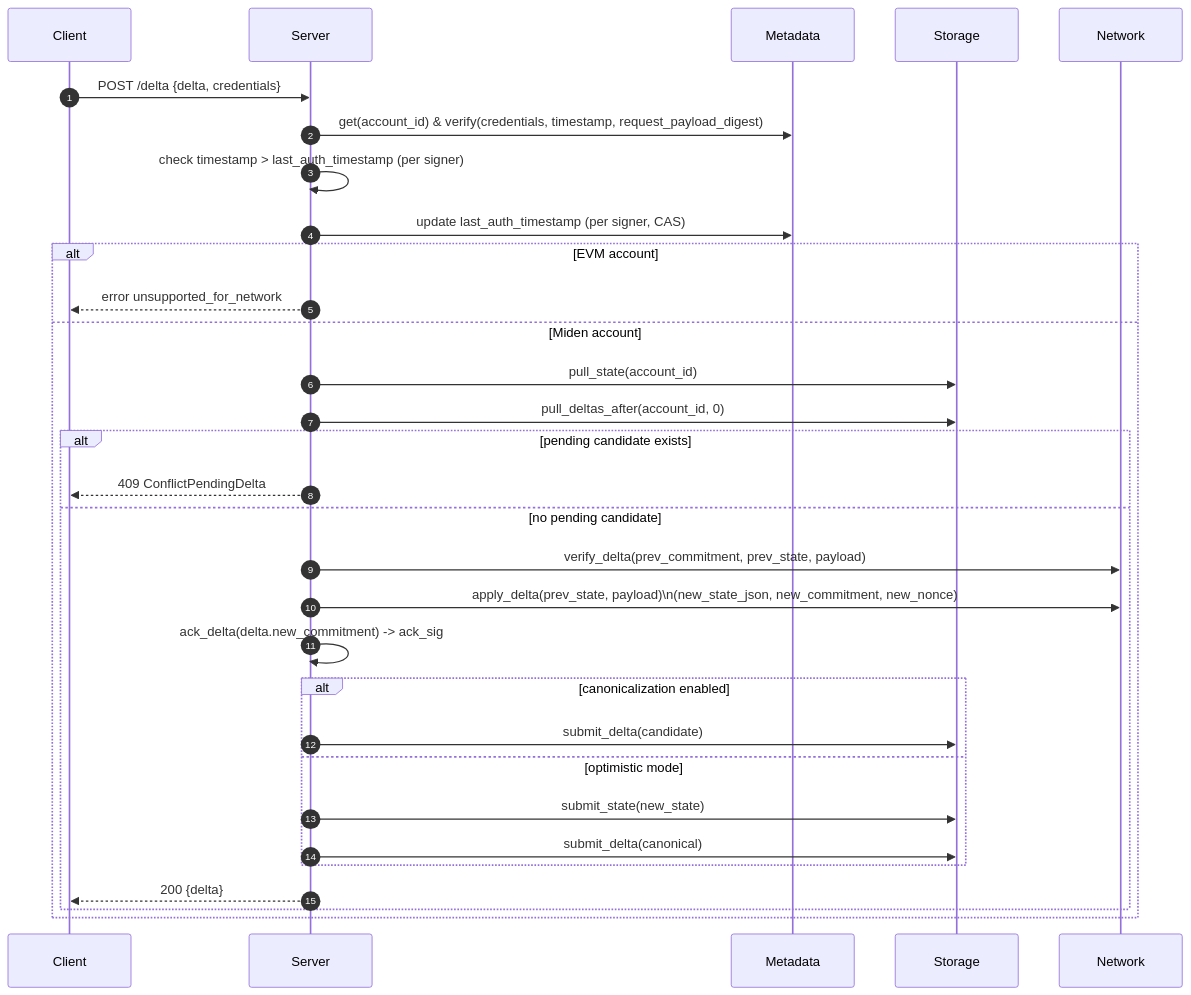
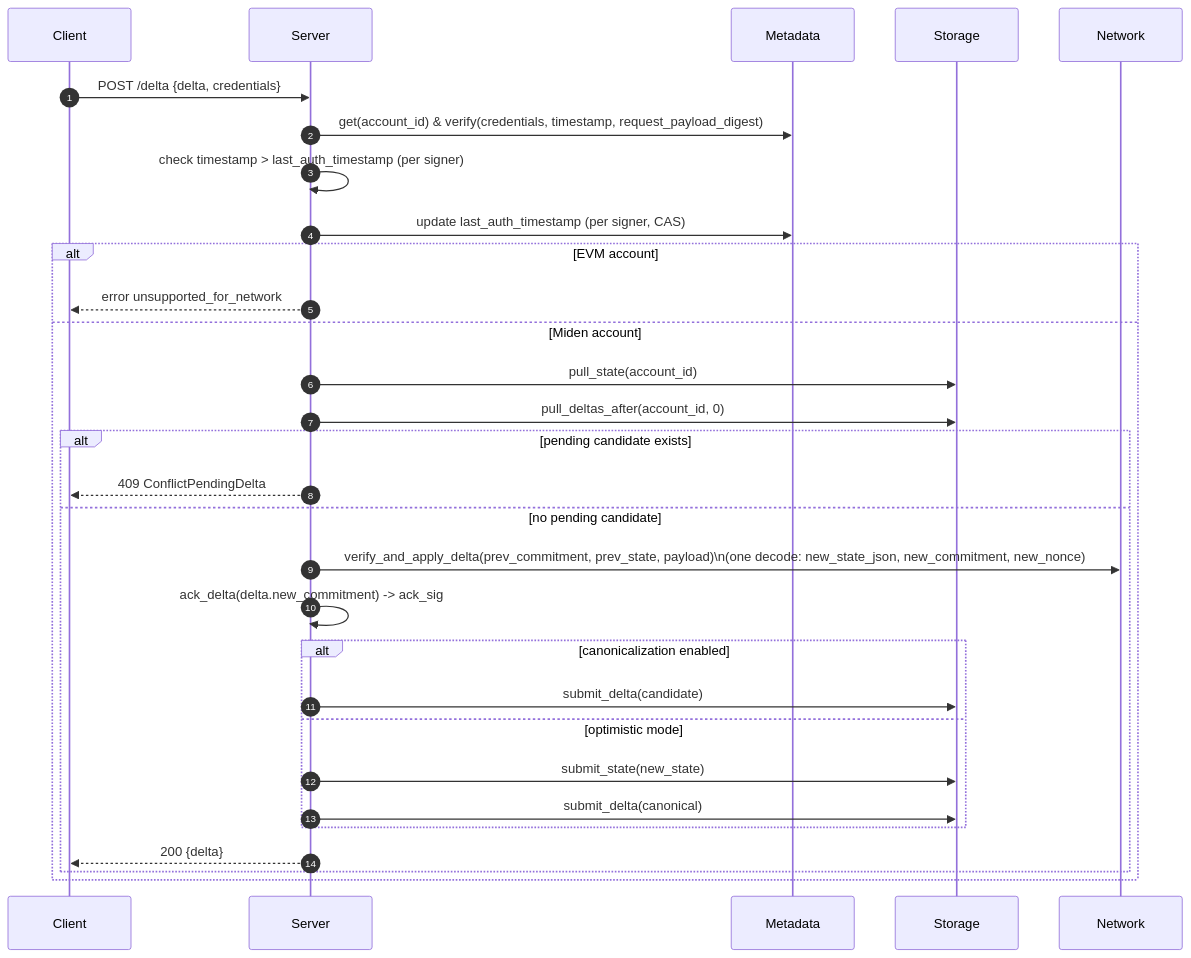
The second of 11 diagrams in spec/processes.md (OpenZeppelin/guardian), drawn with Mermaid before and after one commit. The commit also changed other lines of this file and 9 other files, not shown here.

````diff
--- a/spec/processes.md
+++ b/spec/processes.md
@@ -49,33 +49,32 @@
 ```mermaid
 sequenceDiagram
   autonumber
   participant C as Client
   participant S as Server
   participant M as Metadata
   participant ST as Storage
   participant N as Network
   C->>S: POST /delta {delta, credentials}
   S->>M: get(account_id) & verify(credentials, timestamp, request_payload_digest)
   S->>S: check timestamp > last_auth_timestamp (per signer)
   S->>M: update last_auth_timestamp (per signer, CAS)
   alt EVM account
     S-->>C: error unsupported_for_network
   else Miden account
     S->>ST: pull_state(account_id)
     S->>ST: pull_deltas_after(account_id, 0)
     alt pending candidate exists
       S-->>C: 409 ConflictPendingDelta
     else no pending candidate
-      S->>N: verify_delta(prev_commitment, prev_state, payload)
-      S->>N: apply_delta(prev_state, payload)\n(new_state_json, new_commitment, new_nonce)
+      S->>N: verify_and_apply_delta(prev_commitment, prev_state, payload)\n(one decode: new_state_json, new_commitment, new_nonce)
       S->>S: ack_delta(delta.new_commitment) -> ack_sig
       alt canonicalization enabled
         S->>ST: submit_delta(candidate)
       else optimistic mode
         S->>ST: submit_state(new_state)
         S->>ST: submit_delta(canonical)
       end
       S-->>C: 200 {delta}
     end
   end
 ```
````
